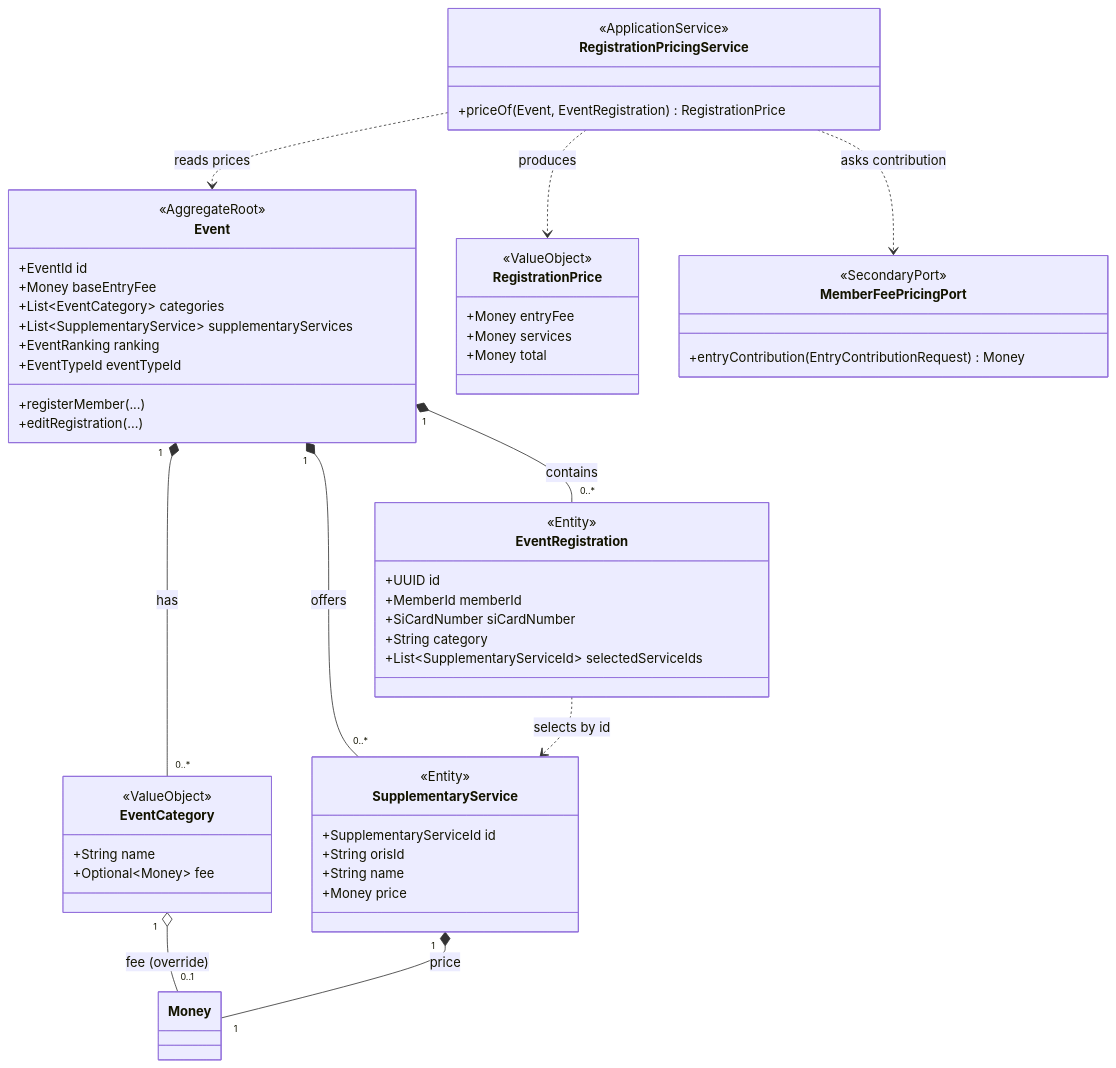
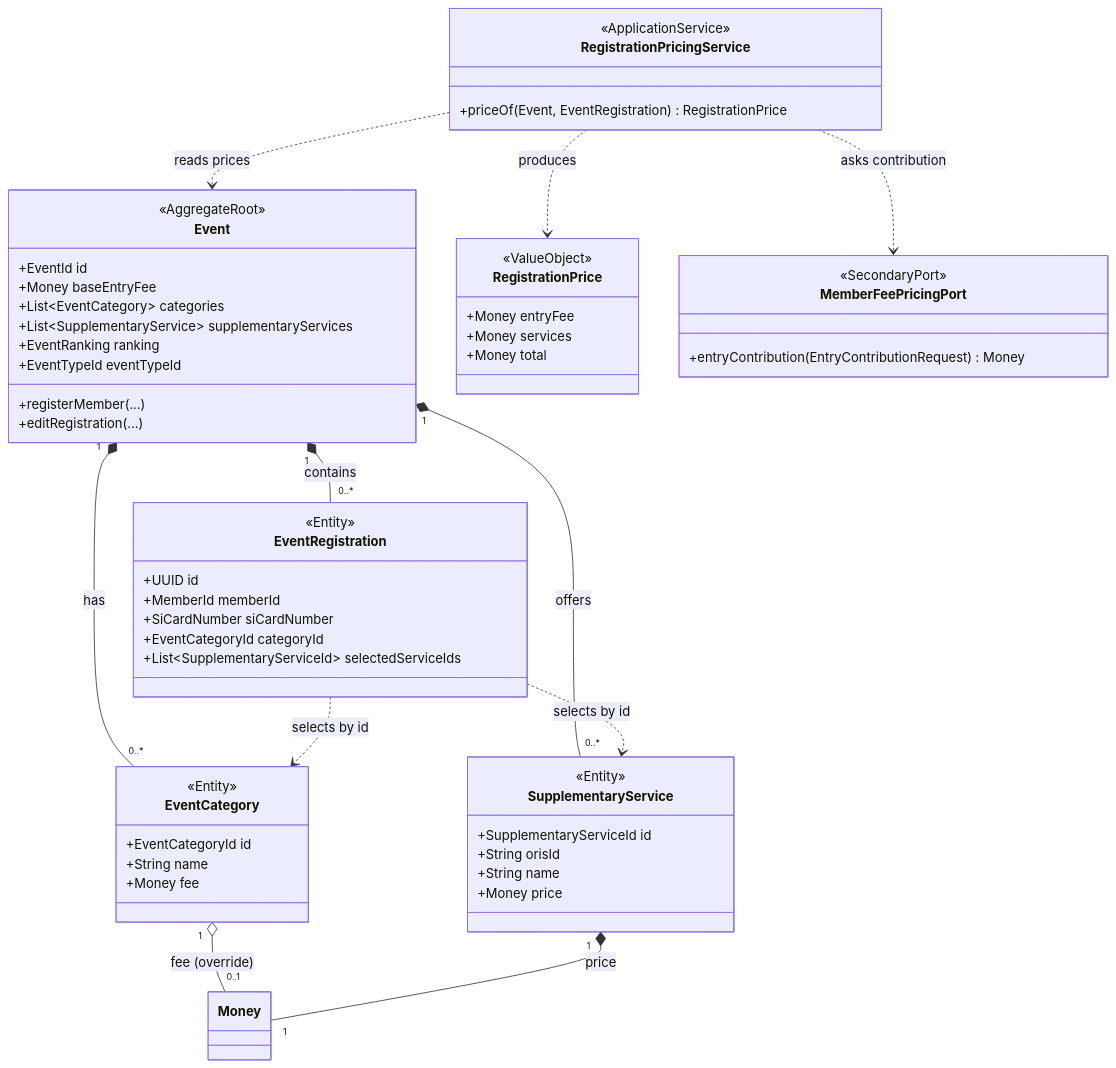
The diagram in openspec/changes/event-registration-pricing/design.md (zabiny/klabis), drawn with Mermaid before and after one commit. The commit also changed other lines of this file and 1 other file, not shown here.

First line of the commit message:
docs(events): align event-registration-pricing with category identity

````diff
--- a/openspec/changes/event-registration-pricing/design.md
+++ b/openspec/changes/event-registration-pricing/design.md
@@ -155,66 +162,68 @@
 ```mermaid
 classDiagram
     direction TB
 
     class Event {
         <<AggregateRoot>>
         +EventId id
         +Money baseEntryFee
         +List~EventCategory~ categories
         +List~SupplementaryService~ supplementaryServices
         +EventRanking ranking
         +EventTypeId eventTypeId
         +registerMember(...)
         +editRegistration(...)
     }
 
     class EventCategory {
-        <<ValueObject>>
+        <<Entity>>
+        +EventCategoryId id
         +String name
-        +Optional~Money~ fee
+        +Money fee
     }
 
     class SupplementaryService {
         <<Entity>>
         +SupplementaryServiceId id
         +String orisId
         +String name
         +Money price
     }
 
     class EventRegistration {
         <<Entity>>
         +UUID id
         +MemberId memberId
         +SiCardNumber siCardNumber
-        +String category
+        +EventCategoryId categoryId
         +List~SupplementaryServiceId~ selectedServiceIds
     }
 
     class RegistrationPricingService {
         <<ApplicationService>>
         +priceOf(Event, EventRegistration) RegistrationPrice
     }
 
     class RegistrationPrice {
         <<ValueObject>>
         +Money entryFee
         +Money services
         +Money total
     }
 
     class MemberFeePricingPort {
         <<SecondaryPort>>
         +entryContribution(EntryContributionRequest) Money
     }
 
     Event "1" *-- "0..*" EventCategory : has
     Event "1" *-- "0..*" SupplementaryService : offers
     Event "1" *-- "0..*" EventRegistration : contains
     EventCategory "1" o-- "0..1" Money : fee (override)
     SupplementaryService "1" *-- "1" Money : price
     EventRegistration ..> SupplementaryService : selects by id
+    EventRegistration ..> EventCategory : selects by id
     RegistrationPricingService ..> Event : reads prices
     RegistrationPricingService ..> MemberFeePricingPort : asks contribution
     RegistrationPricingService ..> RegistrationPrice : produces
 ```
````
